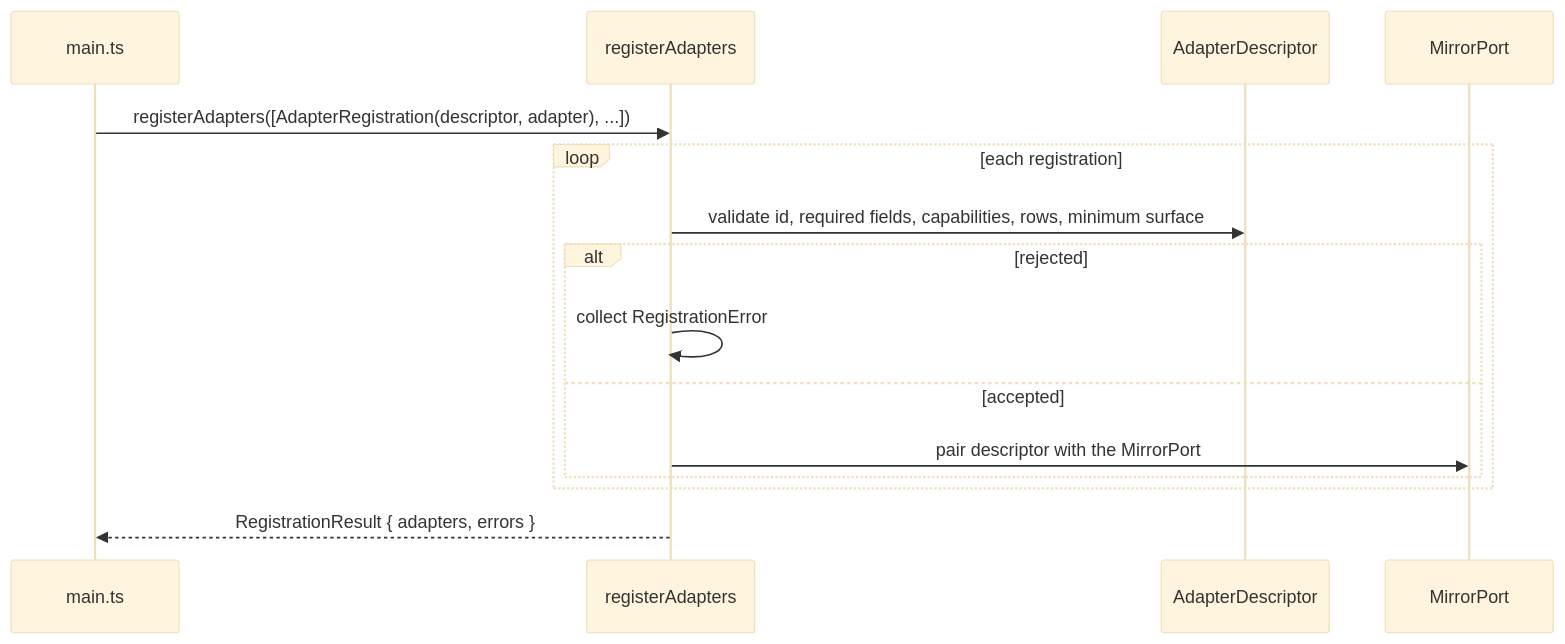
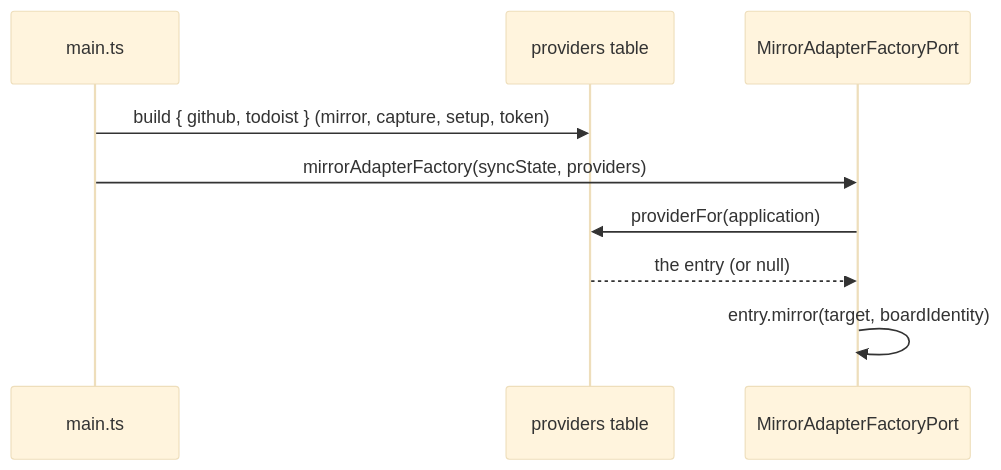
Diagram 13 of 18 in docs/developer-manual.md (99linesofcode/obsidian-project-management), drawn with Mermaid (base theme) before and after one commit. The commit also changed other lines of this file and 22 other files, not shown here.

First line of the commit message:
refactor(providers): wire adapters from a plain provider table

````diff
--- a/docs/developer-manual.md
+++ b/docs/developer-manual.md
@@ -657,18 +650,12 @@
 ```mermaid
 sequenceDiagram
   participant M as main.ts
-  participant RA as registerAdapters
-  participant D as AdapterDescriptor
-  participant R as MirrorPort
+  participant T as providers table
+  participant F as MirrorAdapterFactoryPort
 
-  M->>RA: registerAdapters([AdapterRegistration(descriptor, adapter), ...])
-  loop each registration
-    RA->>D: validate id, required fields, capabilities, rows, minimum surface
-    alt rejected
-      RA->>RA: collect RegistrationError
-    else accepted
-      RA->>R: pair descriptor with the MirrorPort
-    end
-  end
-  RA-->>M: RegistrationResult { adapters, errors }
+  M->>T: build { github, todoist } (mirror, capture, setup, token)
+  M->>F: mirrorAdapterFactory(syncState, providers)
+  F->>T: providerFor(application)
+  T-->>F: the entry (or null)
+  F->>F: entry.mirror(target, boardIdentity)
 ```
````
